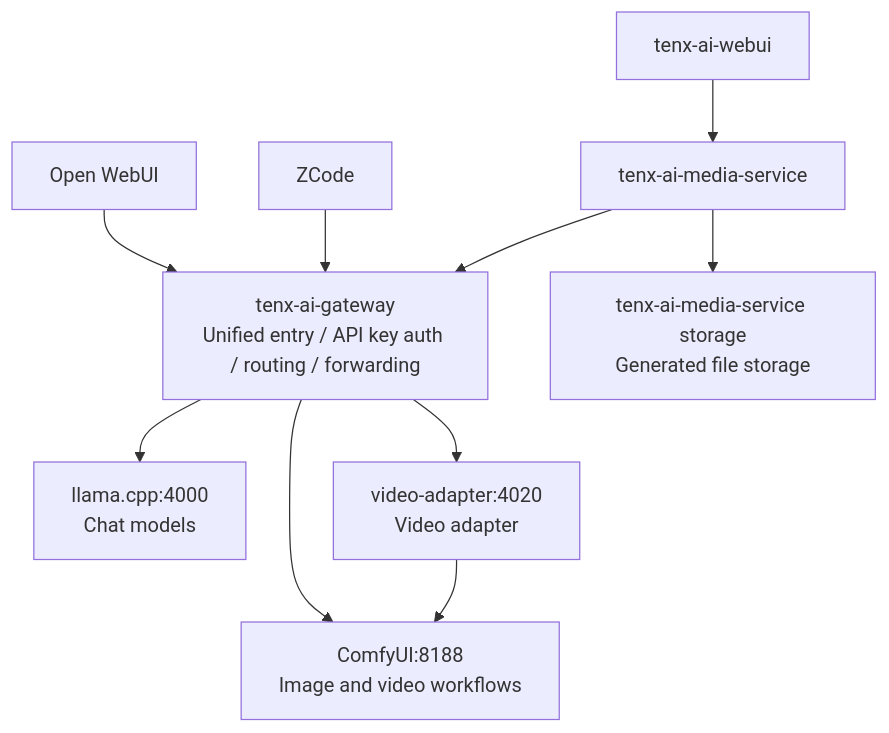
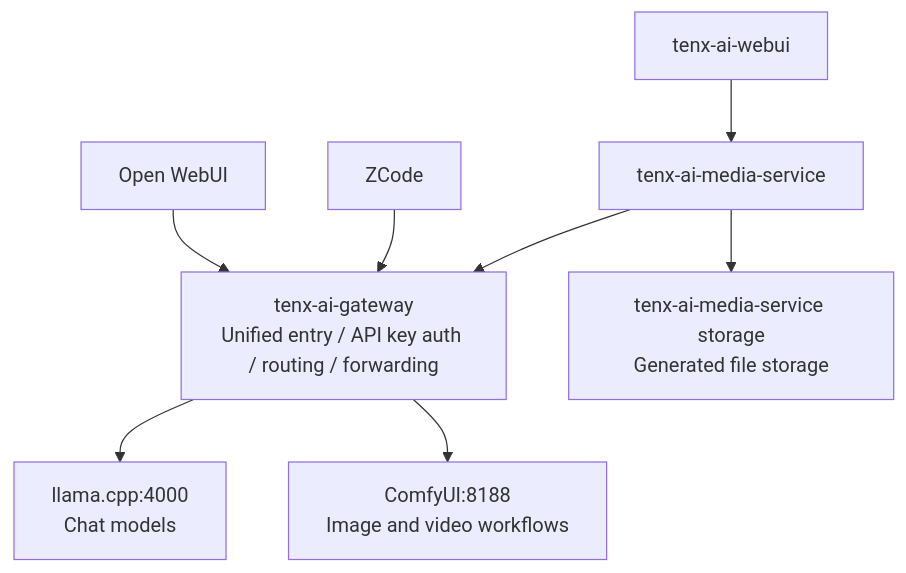
Before and after one commit to doudouli103-dot/tenx-ai-gateway: the diagram in README.md, drawn with Mermaid. The commit also changed other lines of this file and 16 other files, not shown here.

````diff
--- a/README.md
+++ b/README.md
@@ -47,27 +47,23 @@
 ```mermaid
 flowchart TD
     A1[Open WebUI]
     A2[ZCode]
     A3[tenx-ai-media-service]
     A4[tenx-ai-webui]
 
     G[tenx-ai-gateway<br/>Unified entry / API key auth / routing / forwarding]
 
     T[llama.cpp:4000<br/>Chat models]
-    VA[video-adapter:4020<br/>Video adapter]
     C[ComfyUI:8188<br/>Image and video workflows]
     S[tenx-ai-media-service storage<br/>Generated file storage]
 
     A1 --> G
     A2 --> G
     A4 --> A3
     A3 --> G
 
     G --> T
     G --> C
-    G --> VA
-
-    VA --> C
 
     A3 --> S
 ```
````
